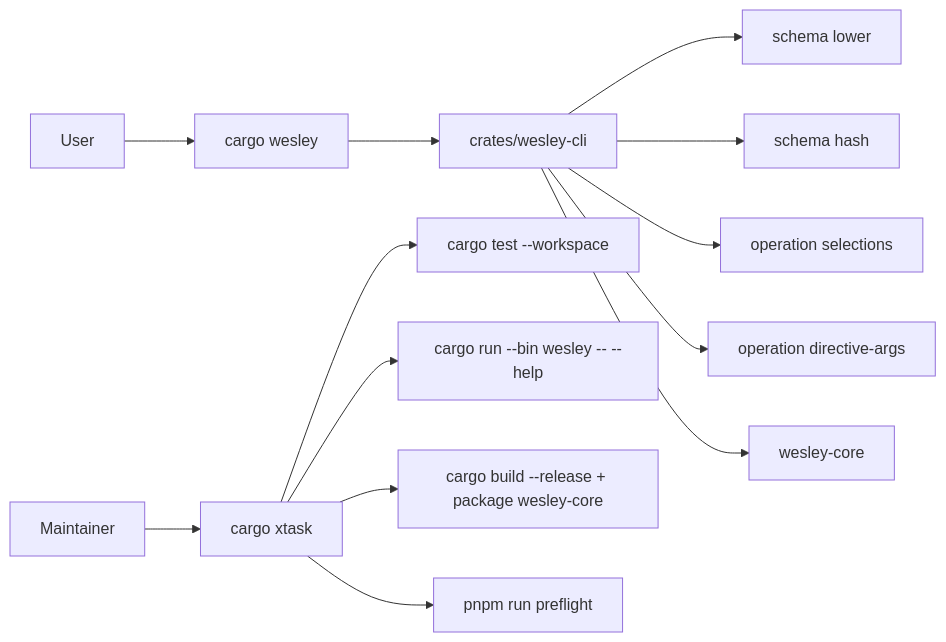
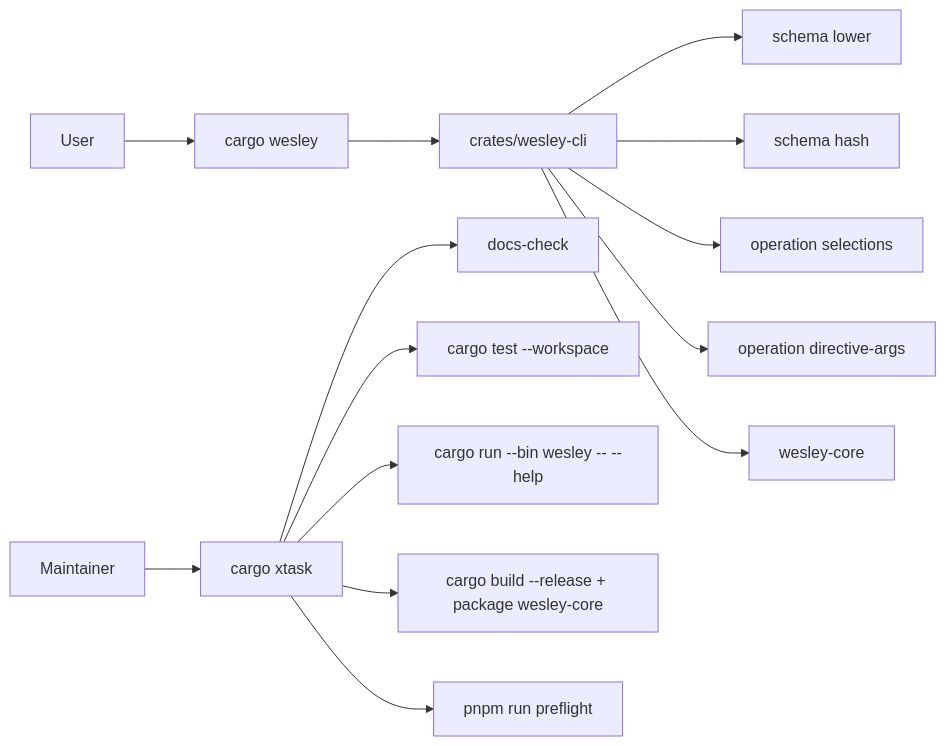
One commit to flyingrobots/wesley changed the fifth of 9 diagrams in docs/ARCHITECTURE.md. Above: the diagram before and after it, drawn with Mermaid. The commit also changed other lines of this file and 7 other files, not shown here.

Commit message:
chore(xtask): add rust native docs check

````diff
--- a/docs/ARCHITECTURE.md
+++ b/docs/ARCHITECTURE.md
@@ -300,16 +300,17 @@
 ```mermaid
 flowchart LR
     User --> CargoWesley[cargo wesley]
     CargoWesley --> WesleyBin[crates/wesley-cli]
     WesleyBin --> SchemaLower[schema lower]
     WesleyBin --> SchemaHash[schema hash]
     WesleyBin --> OpSelections[operation selections]
     WesleyBin --> DirectiveArgs[operation directive-args]
     WesleyBin --> CoreFacts[wesley-core]
 
     Maintainer --> CargoXtask[cargo xtask]
+    CargoXtask --> DocsCheck[docs-check]
     CargoXtask --> Tests[cargo test --workspace]
     CargoXtask --> NativeHelp[cargo run --bin wesley -- --help]
     CargoXtask --> Release[cargo build --release + package wesley-core]
     CargoXtask --> Legacy[pnpm run preflight]
 ```
````
